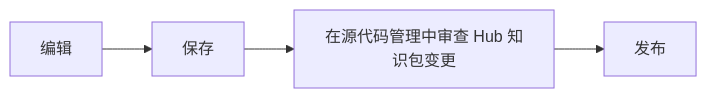
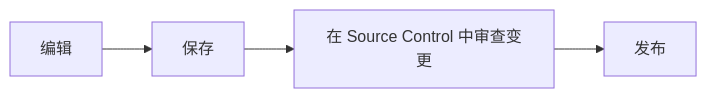
The diagram in examples/knowledge-packs/getting-started-zh-cn/1.0.0/guides/编辑与源代码管理.md (cyborgoat/nest), drawn with Mermaid before and after one commit. The commit also changed other lines of this file and 19 other files, not shown here.

````diff
--- a/examples/knowledge-packs/getting-started-zh-cn/1.0.0/guides/编辑与源代码管理.md
+++ b/examples/knowledge-packs/getting-started-zh-cn/1.0.0/guides/编辑与源代码管理.md
@@ -9,6 +11,6 @@
 ```mermaid
 flowchart LR
   Edit[编辑] --> Save[保存]
-  Save --> Review[在源代码管理中审查 Hub 知识包变更]
+  Save --> Review[在 Source Control 中审查变更]
   Review --> Publish[发布]
 ```
````
